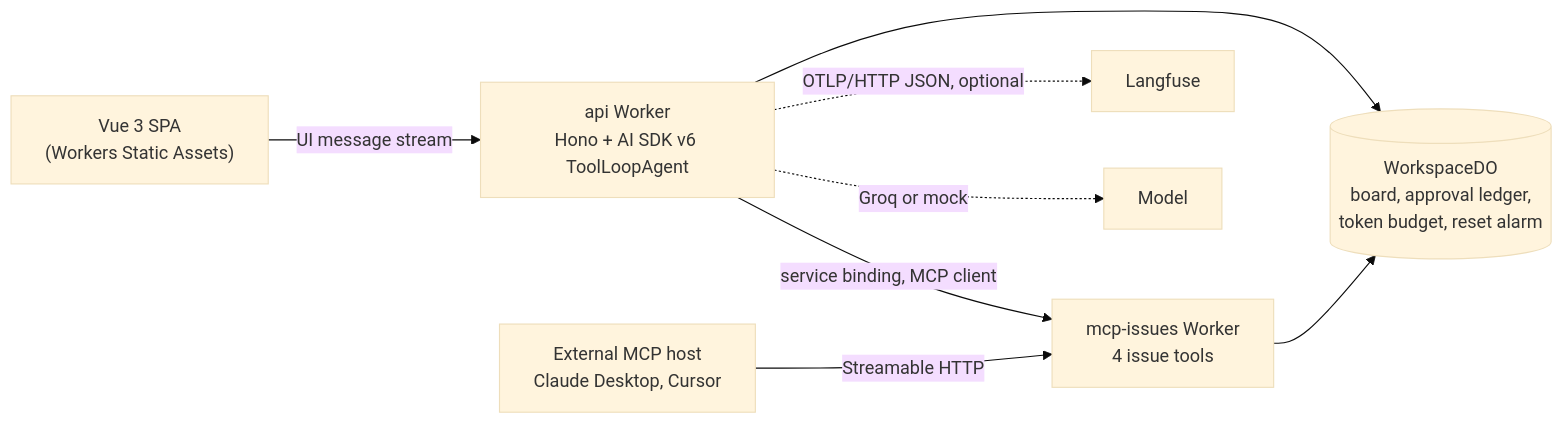
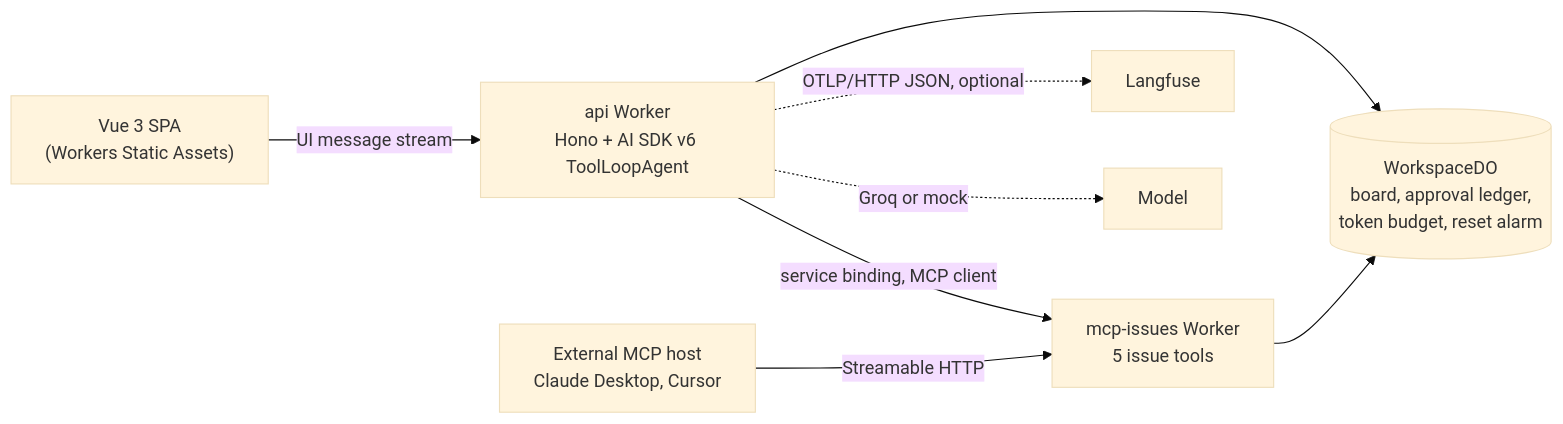
The diagram in README.md (elbay-malik/DevSprint), drawn with Mermaid (base theme) before and after one commit. The commit also changed other lines of this file and 15 other files, not shown here.

````diff
--- a/README.md
+++ b/README.md
@@ -39,10 +40,10 @@
 ```mermaid
 flowchart LR
   Browser["Vue 3 SPA<br/>(Workers Static Assets)"] -->|"UI message stream"| Api["api Worker<br/>Hono + AI SDK v6 ToolLoopAgent"]
-  Api -->|"service binding, MCP client"| Mcp["mcp-issues Worker<br/>4 issue tools"]
+  Api -->|"service binding, MCP client"| Mcp["mcp-issues Worker<br/>5 issue tools"]
   Host["External MCP host<br/>Claude Desktop, Cursor"] -->|"Streamable HTTP"| Mcp
   Api --> DO[("WorkspaceDO<br/>board, approval ledger,<br/>token budget, reset alarm")]
   Mcp --> DO
   Api -.->|"OTLP/HTTP JSON, optional"| Langfuse["Langfuse"]
   Api -.->|"Groq or mock"| Model["Model"]
 ```
````
